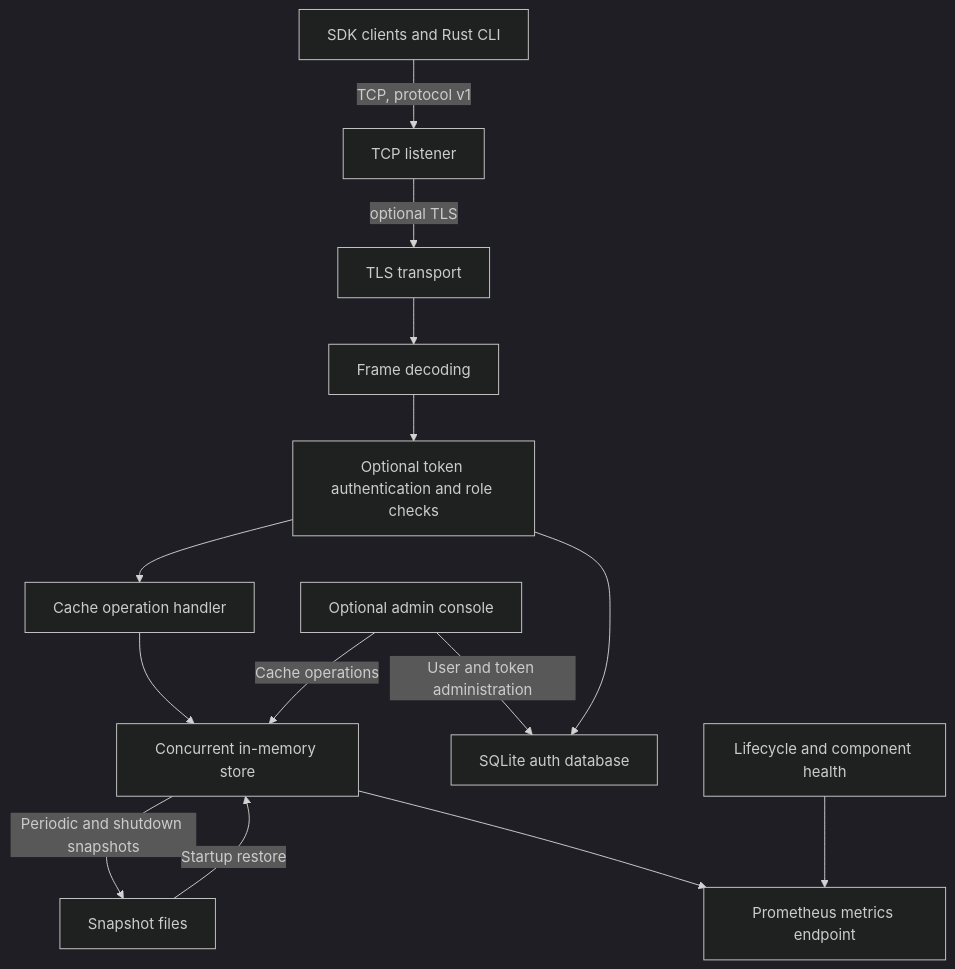
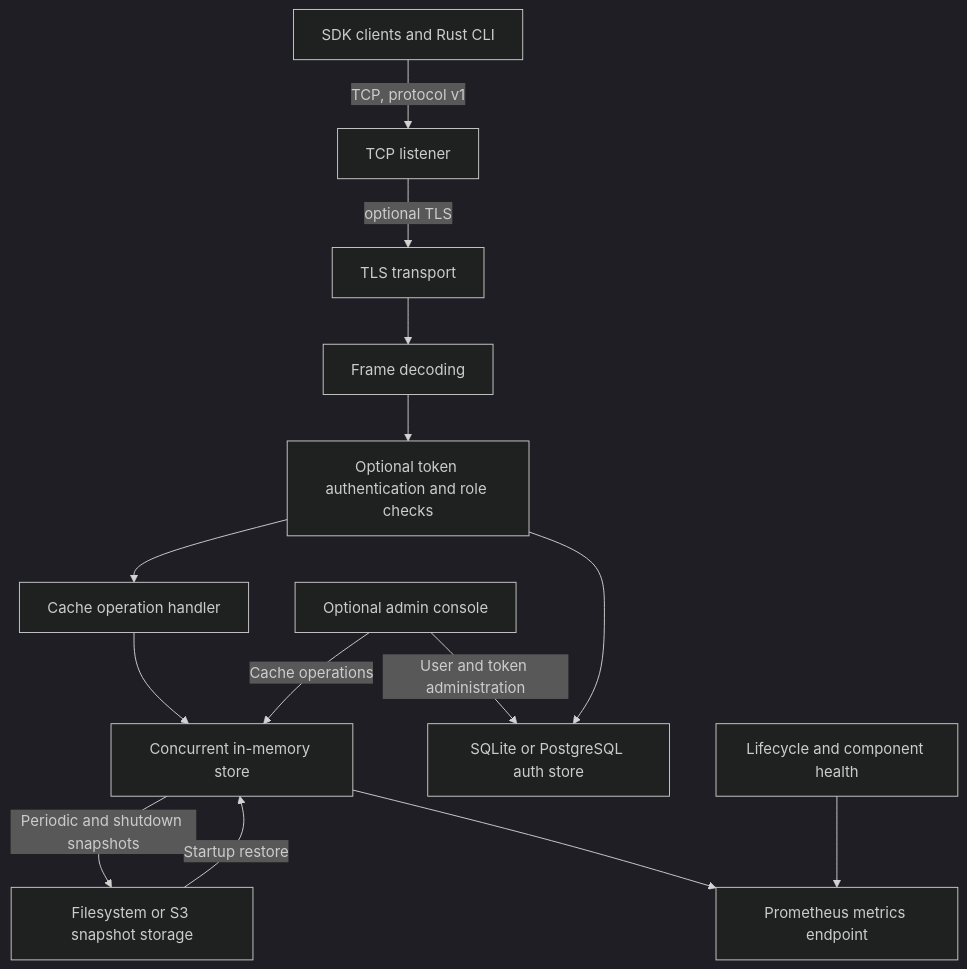
One commit to dyotamo/nebula changed the first of 2 diagrams in README.md. Above: the diagram before and after it, drawn with Mermaid (dark theme). The commit also changed other lines of this file and 4 other files, not shown here.

````diff
--- a/README.md
+++ b/README.md
@@ -33,29 +33,29 @@
 ```mermaid
 flowchart TD
     clients["SDK clients and Rust CLI"] -->|"TCP, protocol v1"| listener["TCP listener"]
     listener -->|"optional TLS"| tls["TLS transport"]
     tls --> decoder["Frame decoding"]
     decoder --> auth["Optional token authentication and role checks"]
     auth --> handler["Cache operation handler"]
     handler --> cache["Concurrent in-memory store"]
     admin["Optional admin console"] -->|"Cache operations"| cache
-    admin -->|"User and token administration"| authdb["SQLite auth database"]
+    admin -->|"User and token administration"| authdb["SQLite or PostgreSQL auth store"]
     auth --> authdb
-    cache -->|"Periodic and shutdown snapshots"| snapshots["Snapshot files"]
+    cache -->|"Periodic and shutdown snapshots"| snapshots["Filesystem or S3 snapshot storage"]
     snapshots -->|"Startup restore"| cache
     cache --> metrics["Prometheus metrics endpoint"]
     health["Lifecycle and component health"] --> metrics
 
     click clients "./sdk/go/client.go#L299"
     click listener "./crates/nebula-server/src/server.rs#L77"
     click tls "./crates/nebula-server/src/server.rs#L101"
     click decoder "./crates/nebula-server/src/server.rs#L165"
     click auth "./crates/nebula-server/src/server.rs#L188"
     click handler "./crates/nebula-server/src/handler.rs#L35"
     click cache "./crates/nebula-core/src/store.rs#L63"
-    click admin "./crates/nebula-server/src/admin_console.rs#L293"
-    click authdb "./crates/nebula-server/src/application.rs#L148"
-    click snapshots "./crates/nebula-server/src/persistence.rs#L170"
+    click admin "./crates/nebula-server/src/application.rs#L311"
+    click authdb "./crates/nebula-server/src/application.rs#L168"
+    click snapshots "./crates/nebula-server/src/application.rs#L54"
     click metrics "./crates/nebula-server/src/metrics.rs#L596"
     click health "./crates/nebula-server/src/metrics.rs#L614"
 ```
````
